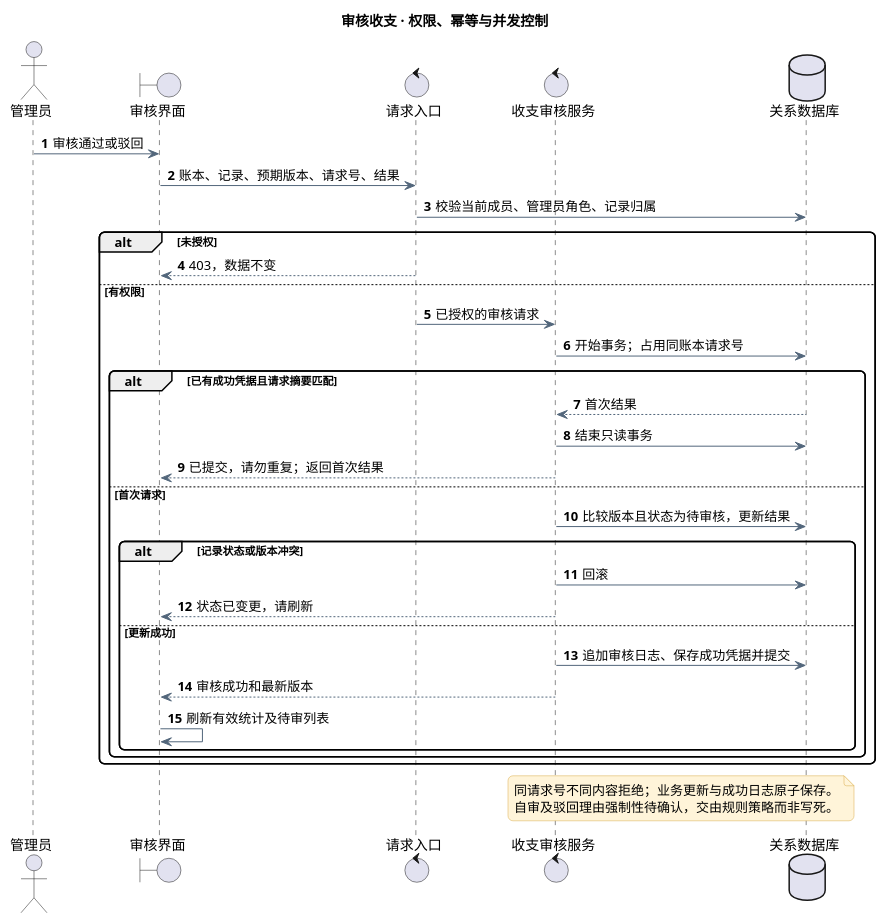
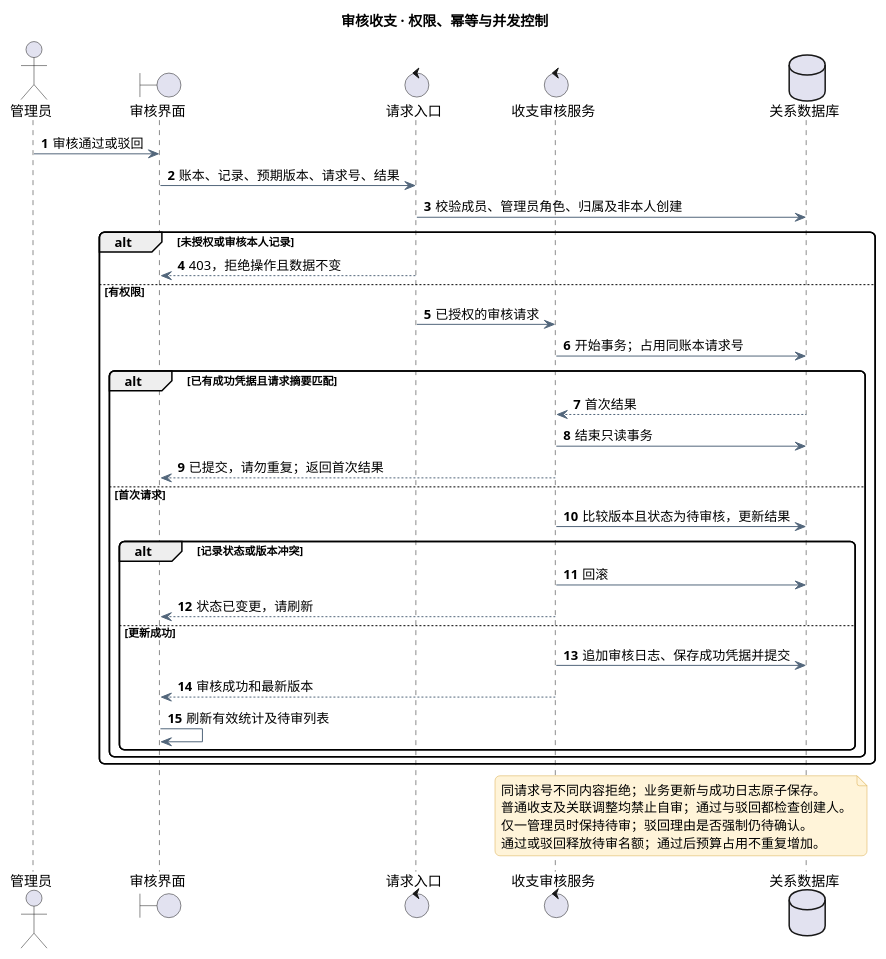
The diagram in 软件工程/实验2_251220152_魏楚航/UML/04_审核时序图.puml (wuyi0928/MyCS_NJU), drawn with PlantUML before and after one commit. The commit also changed 20 other files, not shown here.

```diff
--- a/软件工程/实验2_251220152_魏楚航/UML/04_审核时序图.puml
+++ b/软件工程/实验2_251220152_魏楚航/UML/04_审核时序图.puml
@@ -1,50 +1,52 @@
 @startuml
 !pragma layout smetana
 skinparam defaultFontName Microsoft YaHei
 skinparam backgroundColor #FFFFFF
 skinparam shadowing false
 skinparam ArrowColor #52667B
 skinparam classBackgroundColor #F0F7F6
 skinparam classBorderColor #267568
 skinparam componentBackgroundColor #F0F7F6
 skinparam noteBackgroundColor #FFF4D9
 skinparam noteBorderColor #D8AA49
 skinparam roundcorner 10
 skinparam nodesep 70
 skinparam ranksep 85
 title 审核收支 · 权限、幂等与并发控制
 autonumber
 actor "管理员" as Admin
 boundary "审核界面" as UI
 control "请求入口" as Gate
 control "收支审核服务" as Service
 database "关系数据库" as DB
 Admin -> UI : 审核通过或驳回
 UI -> Gate : 账本、记录、预期版本、请求号、结果
-Gate -> DB : 校验当前成员、管理员角色、记录归属
-alt 未授权
-  Gate --> UI : 403，数据不变
+Gate -> DB : 校验成员、管理员角色、归属及非本人创建
+alt 未授权或审核本人记录
+  Gate --> UI : 403，拒绝操作且数据不变
 else 有权限
   Gate -> Service : 已授权的审核请求
   Service -> DB : 开始事务；占用同账本请求号
   alt 已有成功凭据且请求摘要匹配
     DB --> Service : 首次结果
     Service -> DB : 结束只读事务
     Service --> UI : 已提交，请勿重复；返回首次结果
   else 首次请求
     Service -> DB : 比较版本且状态为待审核，更新结果
     alt 记录状态或版本冲突
       Service -> DB : 回滚
       Service --> UI : 状态已变更，请刷新
     else 更新成功
       Service -> DB : 追加审核日志、保存成功凭据并提交
       Service --> UI : 审核成功和最新版本
       UI -> UI : 刷新有效统计及待审列表
     end
   end
 end
 note over Service, DB
 同请求号不同内容拒绝；业务更新与成功日志原子保存。
-自审及驳回理由强制性待确认，交由规则策略而非写死。
+普通收支及关联调整均禁止自审；通过与驳回都检查创建人。
+仅一管理员时保持待审；驳回理由是否强制仍待确认。
+通过或驳回释放待审名额；通过后预算占用不重复增加。
 end note
 @enduml
```
